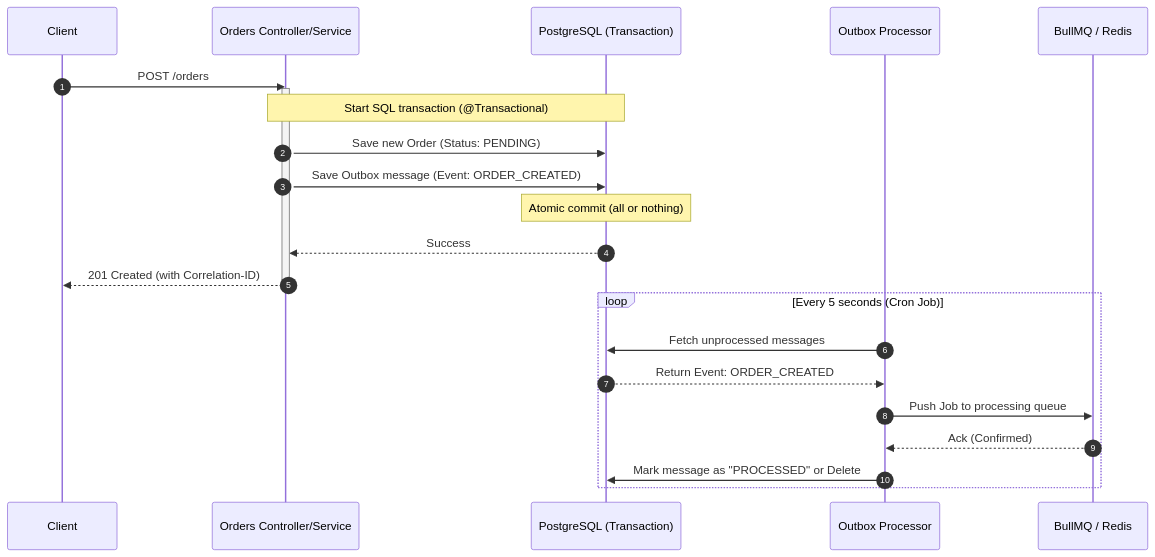
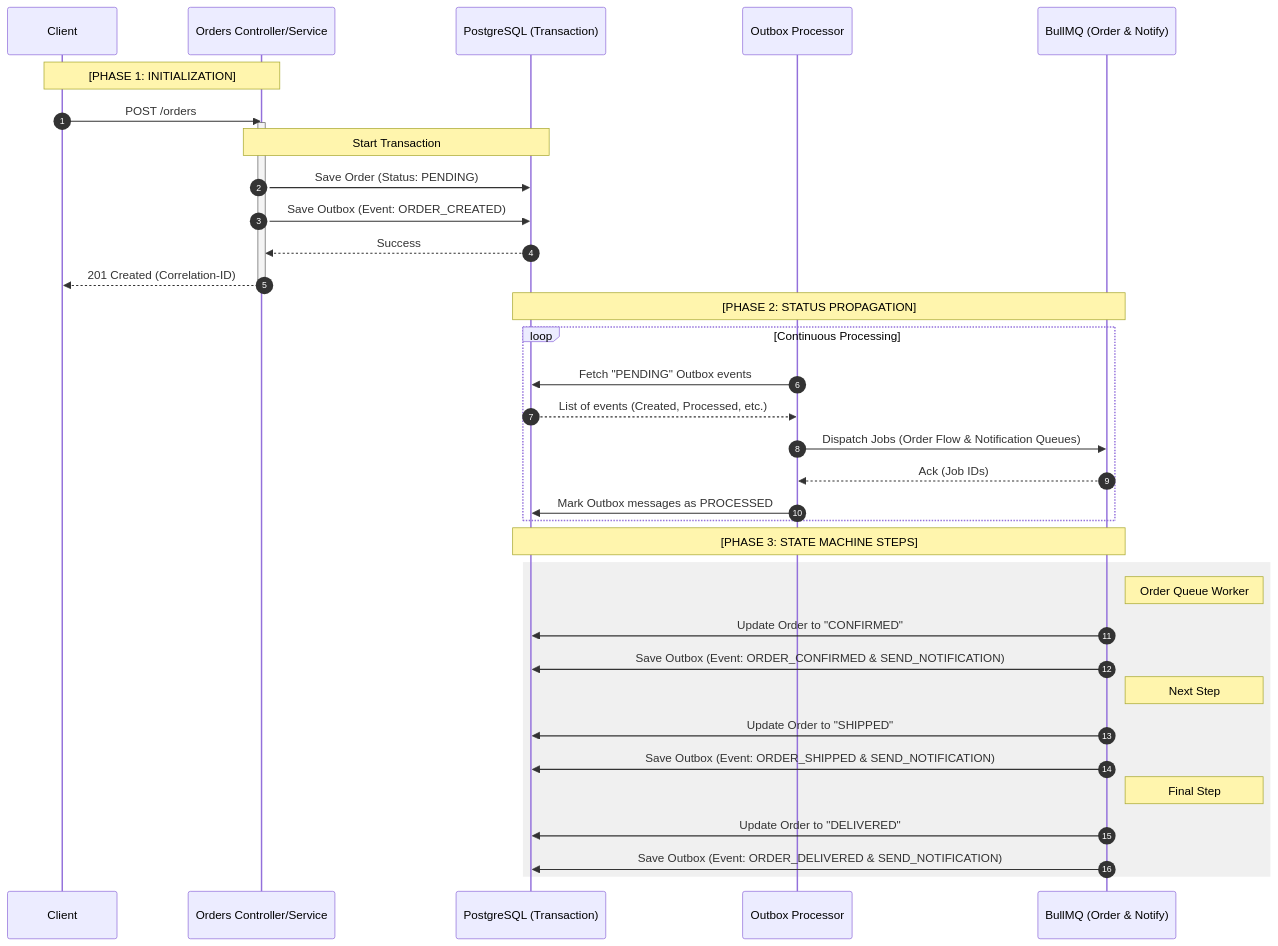
Before and after one commit to bside89/dispatch-api: the diagram in README.md, drawn with Mermaid.

Commit message:
docs: fix missing info in README.md sequence diagram
Updated sequence diagram to reflect new phases and processing steps.

````diff
--- a/README.md
+++ b/README.md
@@ -116,27 +116,43 @@
 ```mermaid
 sequenceDiagram
     autonumber
     participant Client
     participant API as Orders Controller/Service
     participant DB as PostgreSQL (Transaction)
     participant Worker as Outbox Processor
-    participant Redis as BullMQ / Redis
+    participant Queue as BullMQ (Order & Notify)
 
+    Note over Client, API: [PHASE 1: INITIALIZATION]
     Client->>API: POST /orders
     activate API
-    Note over API, DB: Start SQL transaction (@Transactional)
-    API->>DB: Save new Order (Status: PENDING)
-    API->>DB: Save Outbox message (Event: ORDER_CREATED)
-    Note over DB: Atomic commit (all or nothing)
+    Note over API, DB: Start Transaction
+    API->>DB: Save Order (Status: PENDING)
+    API->>DB: Save Outbox (Event: ORDER_CREATED)
     DB-->>API: Success
-    API-->>Client: 201 Created (with Correlation-ID)
+    API-->>Client: 201 Created (Correlation-ID)
     deactivate API
 
-    loop Every 5 seconds (Cron Job)
-        Worker->>DB: Fetch unprocessed messages
-        DB-->>Worker: Return Event: ORDER_CREATED
-        Worker->>Redis: Push Job to processing queue
-        Redis-->>Worker: Ack (Confirmed)
-        Worker->>DB: Mark message as "PROCESSED" or Delete
+    Note over DB, Queue: [PHASE 2: STATUS PROPAGATION]
+    loop Continuous Processing
+        Worker->>DB: Fetch "PENDING" Outbox events
+        DB-->>Worker: List of events (Created, Processed, etc.)
+        Worker->>Queue: Dispatch Jobs (Order Flow & Notification Queues)
+        Queue-->>Worker: Ack (Job IDs)
+        Worker->>DB: Mark Outbox messages as PROCESSED
+    end
+
+    Note over Queue, DB: [PHASE 3: STATE MACHINE STEPS]
+    rect rgb(240, 240, 240)
+        Note right of Queue: Order Queue Worker
+        Queue->>DB: Update Order to "CONFIRMED"
+        Queue->>DB: Save Outbox (Event: ORDER_CONFIRMED & SEND_NOTIFICATION)
+        
+        Note right of Queue: Next Step
+        Queue->>DB: Update Order to "SHIPPED"
+        Queue->>DB: Save Outbox (Event: ORDER_SHIPPED & SEND_NOTIFICATION)
+        
+        Note right of Queue: Final Step
+        Queue->>DB: Update Order to "DELIVERED"
+        Queue->>DB: Save Outbox (Event: ORDER_DELIVERED & SEND_NOTIFICATION)
     end
 ```
````
